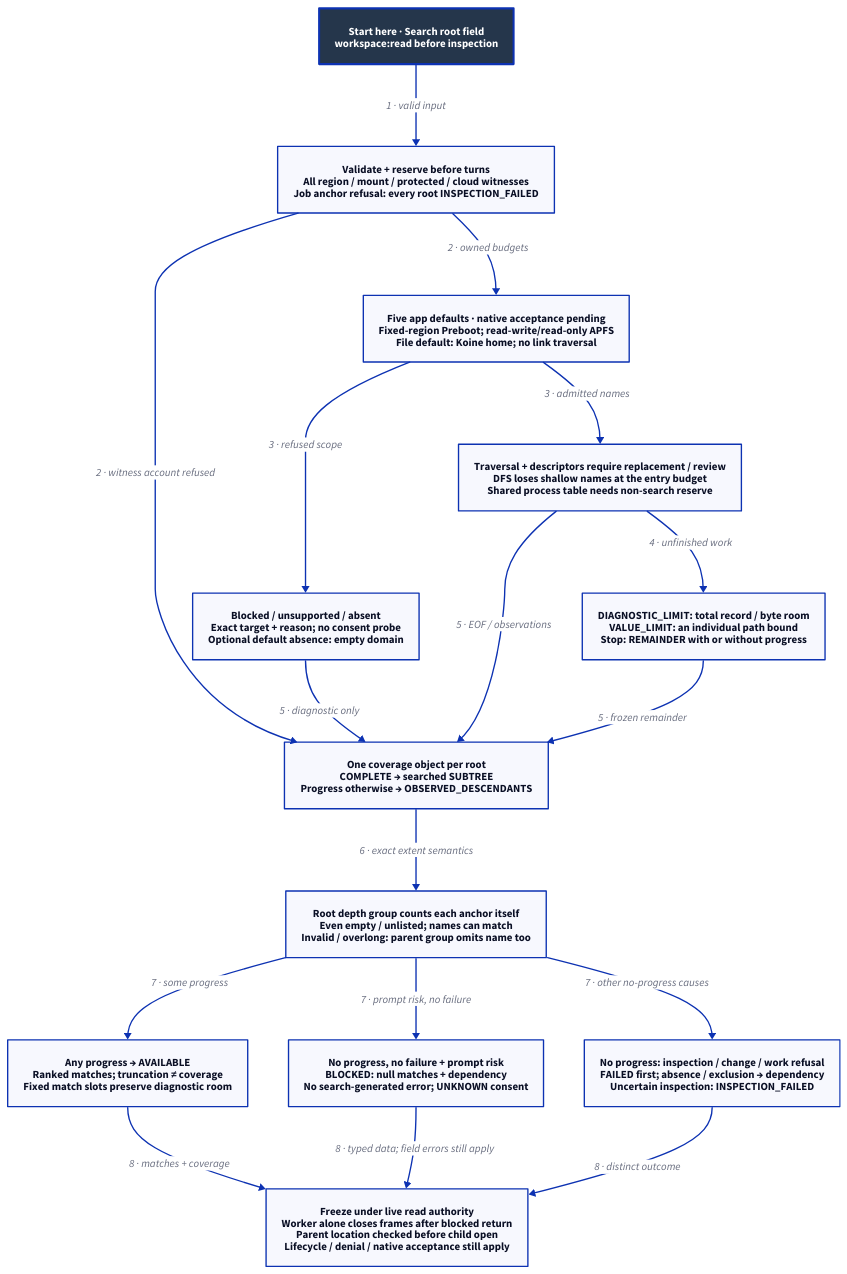
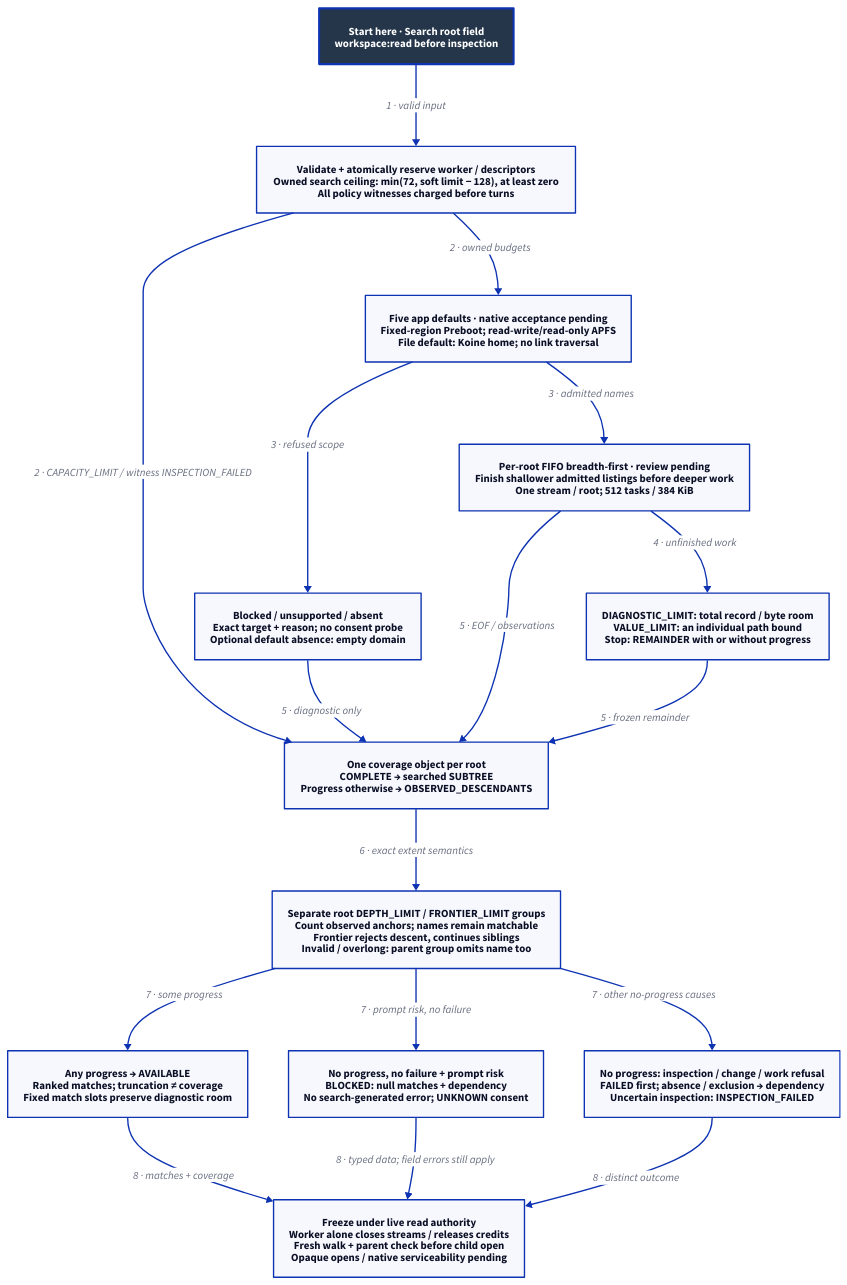
Before and after one commit to Linkuistics/Koine: the diagram in docs/design/architecture/search-coverage.d2, drawn with D2. The commit also changed 22 other files, not shown here.

First line of the commit message:
search-traversal-k105: design shallow-first discovery and process-wide descriptor admission

```diff
--- a/docs/design/architecture/search-coverage.d2
+++ b/docs/design/architecture/search-coverage.d2
@@ -1,33 +1,33 @@
 # Designed flow; arrows show order/guards, not checked temporal guarantees.
 direction: down
 classes: {
   start: {style: {fill: "#25364B"; font-color: "#FFFFFF"; bold: true; stroke-width: 3}}
 }
 Start: "Start here · Search root field\nworkspace:read before inspection" {class: start}
-Reserve: "Validate + reserve before turns\nAll region / mount / protected / cloud witnesses\nJob anchor refusal: every root INSPECTION_FAILED"
+Reserve: "Validate + atomically reserve worker / descriptors\nOwned search ceiling: min(72, soft limit − 128), at least zero\nAll policy witnesses charged before turns"
 Admission: "Five app defaults · native acceptance pending\nFixed-region Preboot; read-write/read-only APFS\nFile default: Koine home; no link traversal"
 Skip: "Blocked / unsupported / absent\nExact target + reason; no consent probe\nOptional default absence: empty domain"
-Scan: "Traversal + descriptors require replacement / review\nDFS loses shallow names at the entry budget\nShared process table needs non-search reserve"
+Scan: "Per-root FIFO breadth-first · review pending\nFinish shallower admitted listings before deeper work\nOne stream / root; 512 tasks / 384 KiB"
 Bounds: "DIAGNOSTIC_LIMIT: total record / byte room\nVALUE_LIMIT: an individual path bound\nStop: REMAINDER with or without progress"
 Coverage: "One coverage object per root\nCOMPLETE → searched SUBTREE\nProgress otherwise → OBSERVED_DESCENDANTS"
-Groups: "Root depth group counts each anchor itself\nEven empty / unlisted; names can match\nInvalid / overlong: parent group omits name too"
+Groups: "Separate root DEPTH_LIMIT / FRONTIER_LIMIT groups\nCount observed anchors; names remain matchable\nFrontier rejects descent, continues siblings\nInvalid / overlong: parent group omits name too"
 Available: "Any progress → AVAILABLE\nRanked matches; truncation ≠ coverage\nFixed match slots preserve diagnostic room"
 Blocked: "No progress, no failure + prompt risk\nBLOCKED: null matches + dependency\nNo search-generated error; UNKNOWN consent"
 Other: "No progress: inspection / change / work refusal\nFAILED first; absence / exclusion → dependency\nUncertain inspection: INSPECTION_FAILED"
-Publish: "Freeze under live read authority\nWorker alone closes frames after blocked return\nParent location checked before child open\nLifecycle / denial / native acceptance still apply"
+Publish: "Freeze under live read authority\nWorker alone closes streams / releases credits\nFresh walk + parent check before child open\nOpaque opens / native serviceability pending"
 Start -> Reserve: "1 · valid input"
 Reserve -> Admission: "2 · owned budgets"
-Reserve -> Coverage: "2 · witness account refused"
+Reserve -> Coverage: "2 · CAPACITY_LIMIT / witness INSPECTION_FAILED"
 Admission -> Skip: "3 · refused scope"
 Admission -> Scan: "3 · admitted names"
 Scan -> Bounds: "4 · unfinished work"
 Skip -> Coverage: "5 · diagnostic only"
 Scan -> Coverage: "5 · EOF / observations"
 Bounds -> Coverage: "5 · frozen remainder"
 Coverage -> Groups: "6 · exact extent semantics"
 Groups -> Available: "7 · some progress"
 Groups -> Blocked: "7 · prompt risk, no failure"
 Groups -> Other: "7 · other no-progress causes"
 Available -> Publish: "8 · matches + coverage"
 Blocked -> Publish: "8 · typed data; field errors still apply"
 Other -> Publish: "8 · distinct outcome"
```
